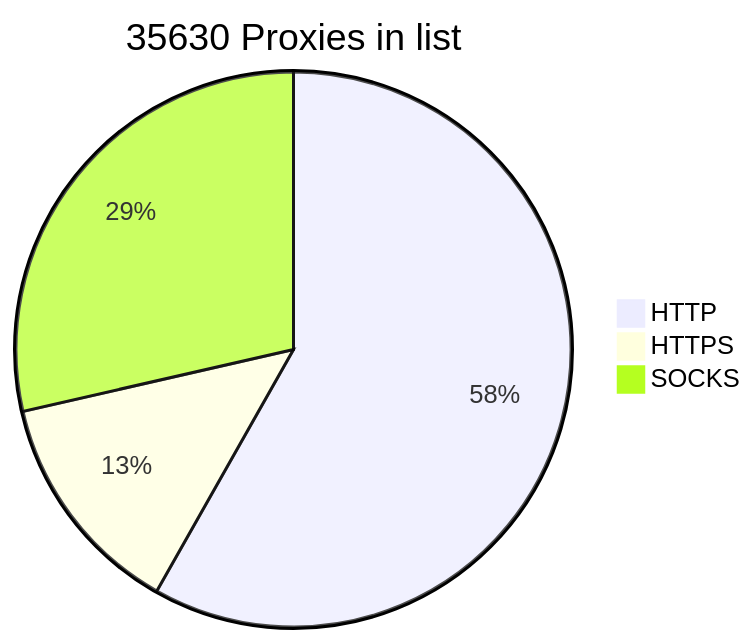
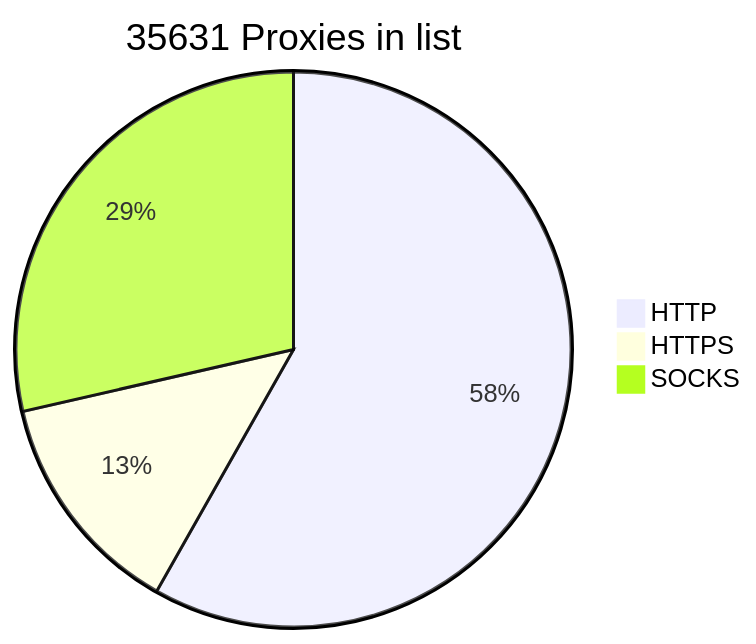
Before and after one commit to BlackSnowDot/proxylist-update-every-minute: the diagram in README.md, drawn with Mermaid.

````diff
--- a/README.md
+++ b/README.md
@@ -2,6 +2,6 @@
 ```mermaid
-pie title 35630 Proxies in list
-    "HTTP" : 23040
-    "HTTPS": 5235
-    "SOCKS" : 11315
+pie title 35631 Proxies in list
+    "HTTP" : 23042
+    "HTTPS": 5236
+    "SOCKS" : 11316
 ```
````
